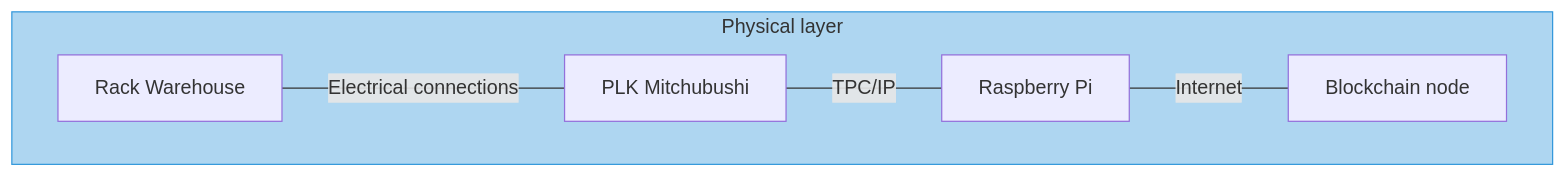
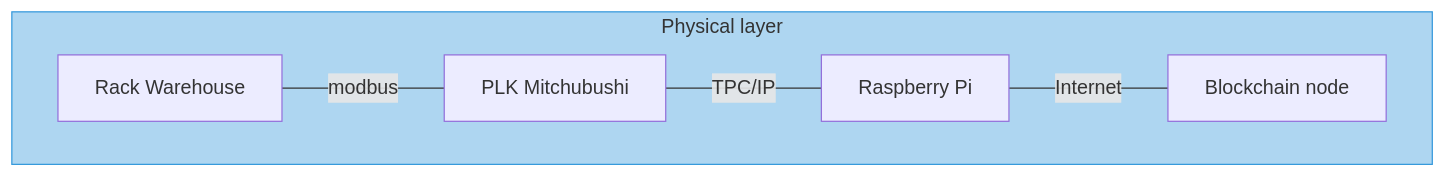
One commit to fsprojekti/plk-blockchain changed the first of 2 diagrams in README.md. Above: the diagram before and after it, drawn with Mermaid.

Commit message:
Update README.md
modbus added

````diff
--- a/README.md
+++ b/README.md
@@ -6,18 +6,18 @@
 ```mermaid
 flowchart LR
 
 subgraph PL [Physical layer]
     direction LR
   A[Rack Warehouse ]
   B[PLK Mitchubushi]
   C[Raspberry Pi]
   D[Blockchain node]
 end
 
-A---|Electrical connections|B
+A---|modbus|B
 B---|TPC/IP|C
 C---|Internet|D
 
 style PL fill:#AED6F1, stroke:#3498DB
 
 ```
````
